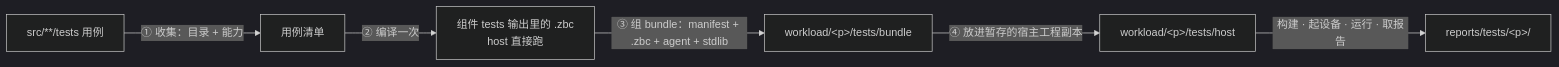
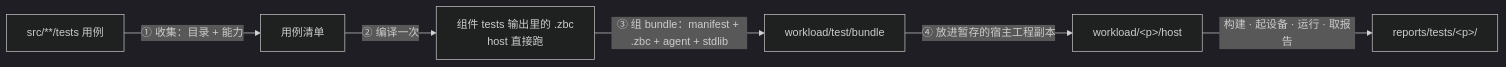
One commit to z42-lang/z42 changed the diagram in docs/internals/src/devinfra/test-layout.md. Above: the diagram before and after it, drawn with Mermaid (dark theme). The commit also changed other lines of this file and 68 other files, not shown here.

````diff
--- a/docs/internals/src/devinfra/test-layout.md
+++ b/docs/internals/src/devinfra/test-layout.md
@@ -221,8 +221,8 @@
 ```mermaid
 flowchart LR
   S[src/**/tests 用例] -->|① 收集：目录 + 能力| C[用例清单]
   C -->|② 编译一次| Z[组件 tests 输出里的 .zbc<br/>host 直接跑]
-  Z -->|③ 组 bundle：manifest + .zbc + agent + stdlib| B[workload/&lt;p&gt;/tests/bundle]
-  B -->|④ 放进暂存的宿主工程副本| H[workload/&lt;p&gt;/tests/host]
+  Z -->|③ 组 bundle：manifest + .zbc + agent + stdlib| B[workload/test/bundle]
+  B -->|④ 放进暂存的宿主工程副本| H[workload/&lt;p&gt;/host]
   H -->|构建 · 起设备 · 运行 · 取报告| R[reports/tests/&lt;p&gt;/]
 ```
````
